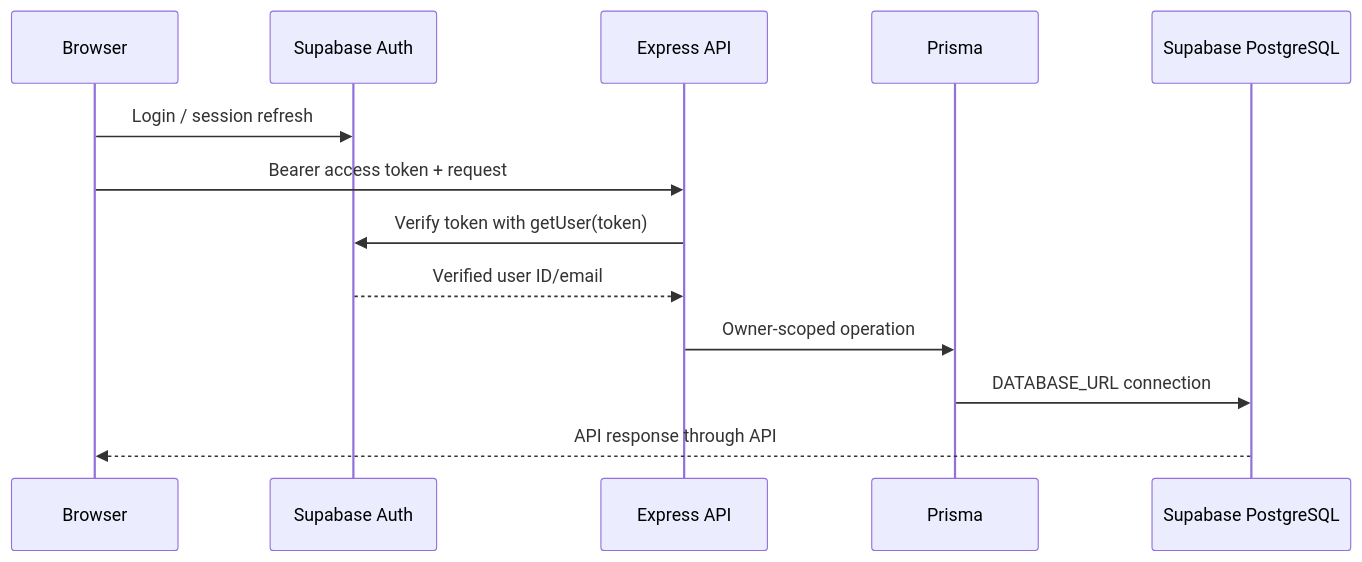
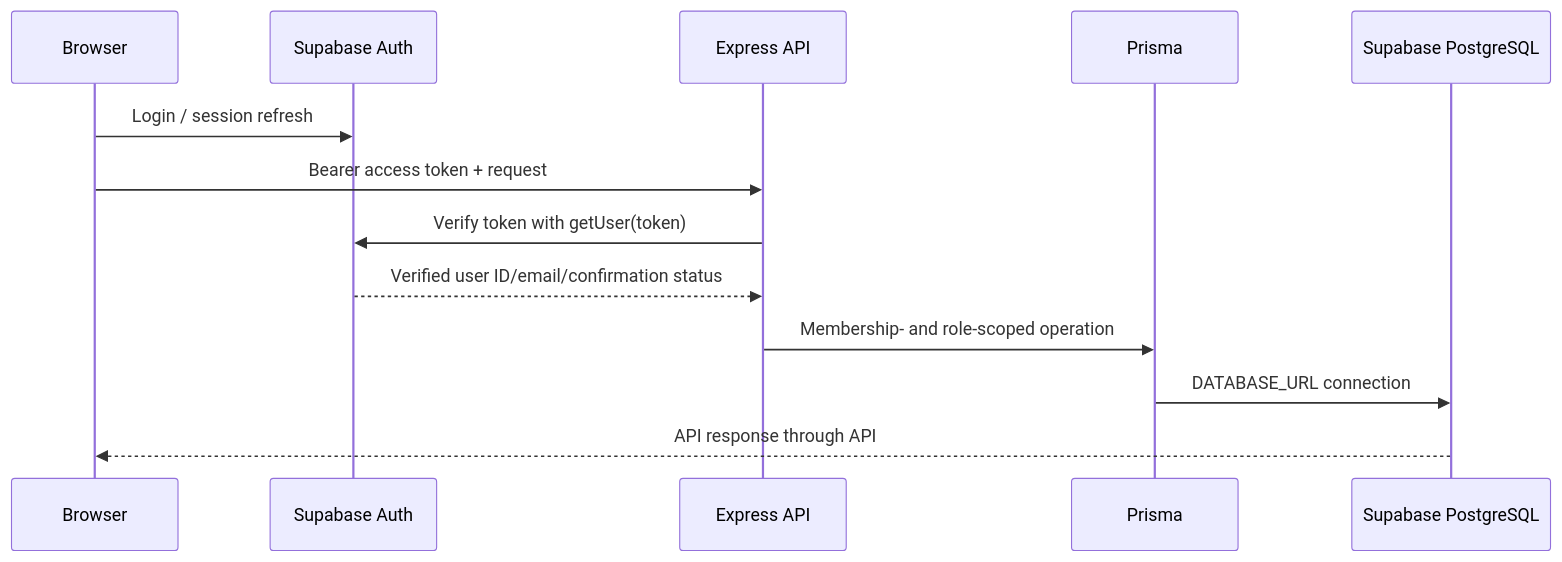
Before and after one commit to rajbharshivani66-create/Accesslens-AI: the diagram in docs/architecture.md, drawn with Mermaid. The commit also changed other lines of this file and 100 other files, not shown here.

````diff
--- a/docs/architecture.md
+++ b/docs/architecture.md
@@ -15,15 +17,15 @@
 ```mermaid
 sequenceDiagram
   participant Browser
   participant Supabase as Supabase Auth
   participant API as Express API
   participant Prisma
   participant DB as Supabase PostgreSQL
   Browser->>Supabase: Login / session refresh
   Browser->>API: Bearer access token + request
   API->>Supabase: Verify token with getUser(token)
-  Supabase-->>API: Verified user ID/email
-  API->>Prisma: Owner-scoped operation
+  Supabase-->>API: Verified user ID/email/confirmation status
+  API->>Prisma: Membership- and role-scoped operation
   Prisma->>DB: DATABASE_URL connection
   DB-->>Browser: API response through API
 ```
````
